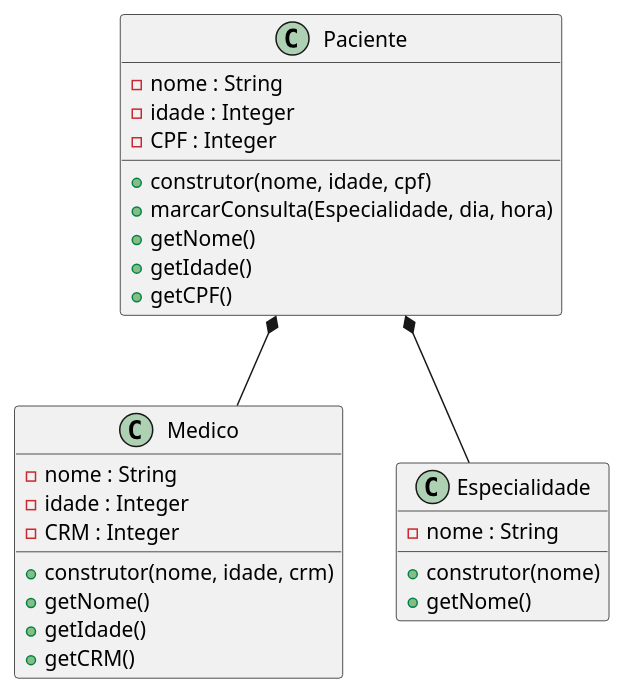
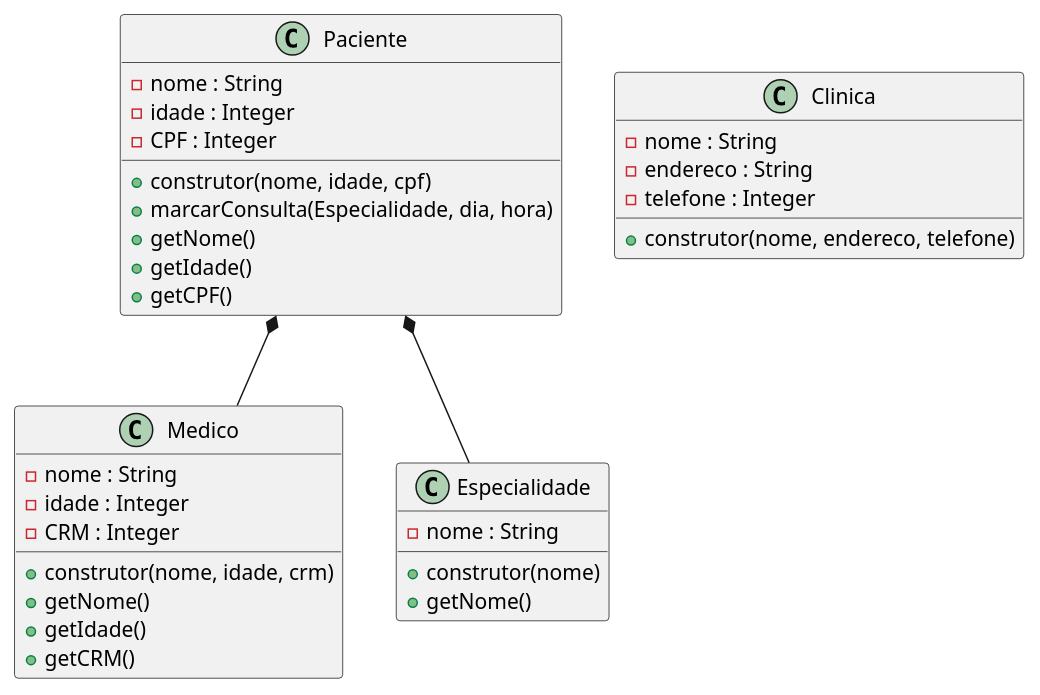
The diagram in diagrama.plantuml (anleaes/2022-1-N2-POO-03), drawn with PlantUML before and after one commit.

Commit message:
criado classe clinica com atributos nome, endereco, telefone, e construtor

```diff
--- a/diagrama.plantuml
+++ b/diagrama.plantuml
@@ -1,33 +1,40 @@
 @startuml Gerenciamento de Exames Medicos
 
     class Paciente{
         - nome : String
         - idade : Integer
         - CPF : Integer
         + construtor(nome, idade, cpf)
         + marcarConsulta(Especialidade, dia, hora)
         + getNome()
         + getIdade()
         + getCPF()
     }
 
     class Medico{
         - nome : String
         - idade : Integer
         - CRM : Integer
         + construtor(nome, idade, crm)
         + getNome()
         + getIdade()
         + getCRM()
     }
 
     class Especialidade{
         - nome : String
         + construtor(nome)
         + getNome()
     }
 
+    class Clinica{
+        - nome : String
+        - endereco : String
+        - telefone : Integer
+        + construtor(nome, endereco, telefone)
+    }
+
     Paciente *-- Medico
     Paciente *-- Especialidade
 
 @enduml
```
